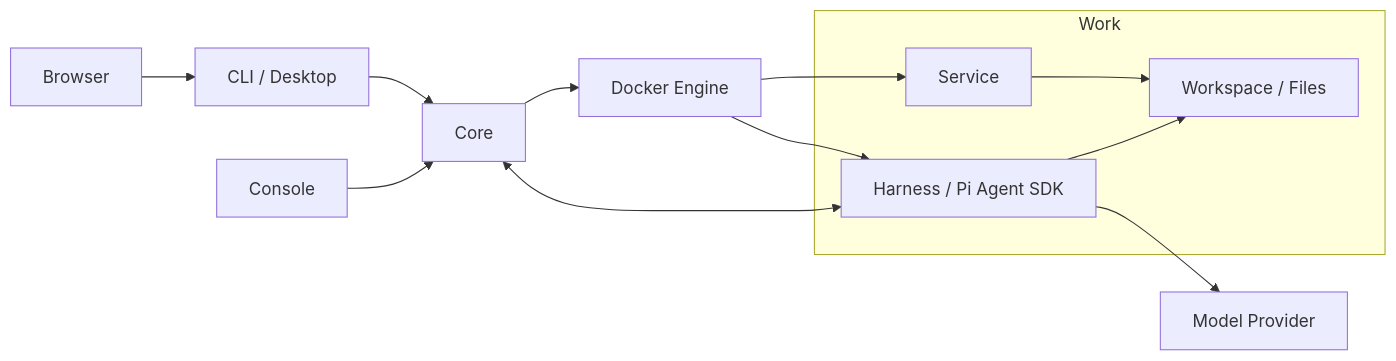
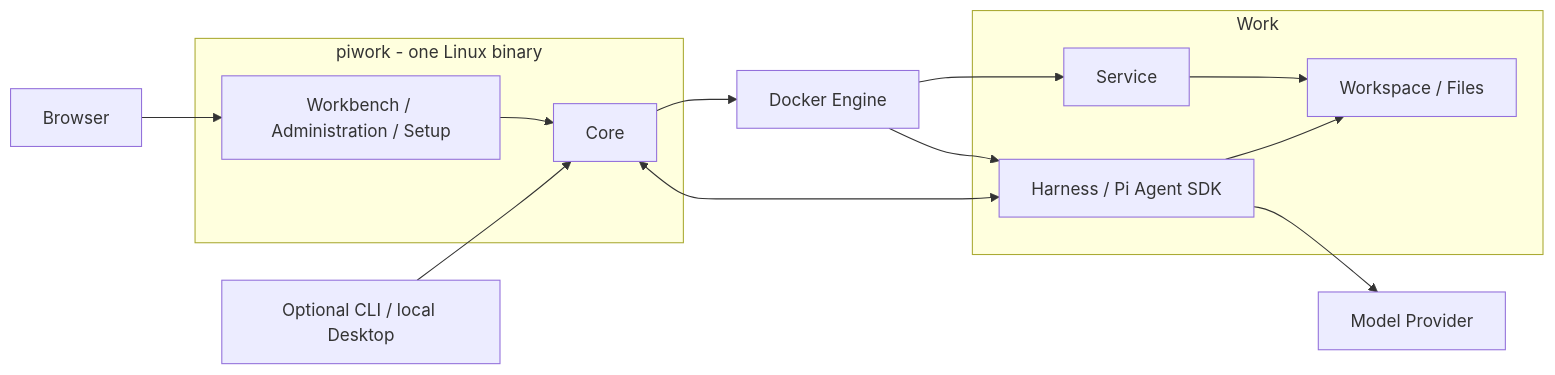
One commit to pphboy/piwork changed the diagram in README.md. Above: the diagram before and after it, drawn with Mermaid. The commit also changed other lines of this file and 16 other files, not shown here.

````diff
--- a/README.md
+++ b/README.md
@@ -13,18 +13,20 @@
 ```mermaid
 flowchart LR
-    Browser[Browser] --> CLI[CLI / Desktop]
-    Console[Console] --> Core[Core]
-    CLI --> Core
+    Browser[Browser] --> Web[Workbench / Administration / Setup]
+    CLI[Optional CLI / local Desktop] --> Core
+    subgraph App[piwork - one Linux binary]
+        Web --> Core[Core]
+    end
     Core --> Engine[Docker Engine]
     Core <--> Harness
     Engine --> Harness
     Engine --> Service
     subgraph Work
         Harness[Harness / Pi Agent SDK]
         Service[Service]
         Files[Workspace / Files]
         Harness --> Files
         Service --> Files
     end
     Harness --> Model[Model Provider]
 ```
````
